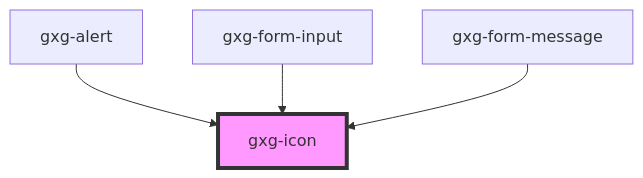
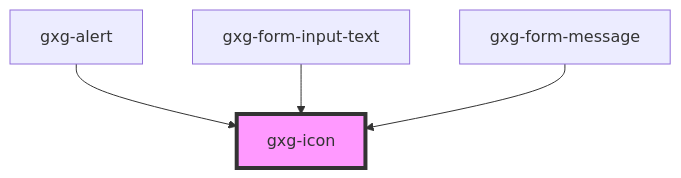
The diagram in src/components/icon/readme.md (genexuslabs/gemini), drawn with Mermaid before and after one commit. The commit also changed other lines of this file and 7 other files, not shown here.

Commit message:
update input text component name

````diff
--- a/src/components/icon/readme.md
+++ b/src/components/icon/readme.md
@@ -24,7 +24,7 @@
 ```mermaid
 graph TD;
   gxg-alert --> gxg-icon
-  gxg-form-input --> gxg-icon
+  gxg-form-input-text --> gxg-icon
   gxg-form-message --> gxg-icon
   style gxg-icon fill:#f9f,stroke:#333,stroke-width:4px
 ```
````
